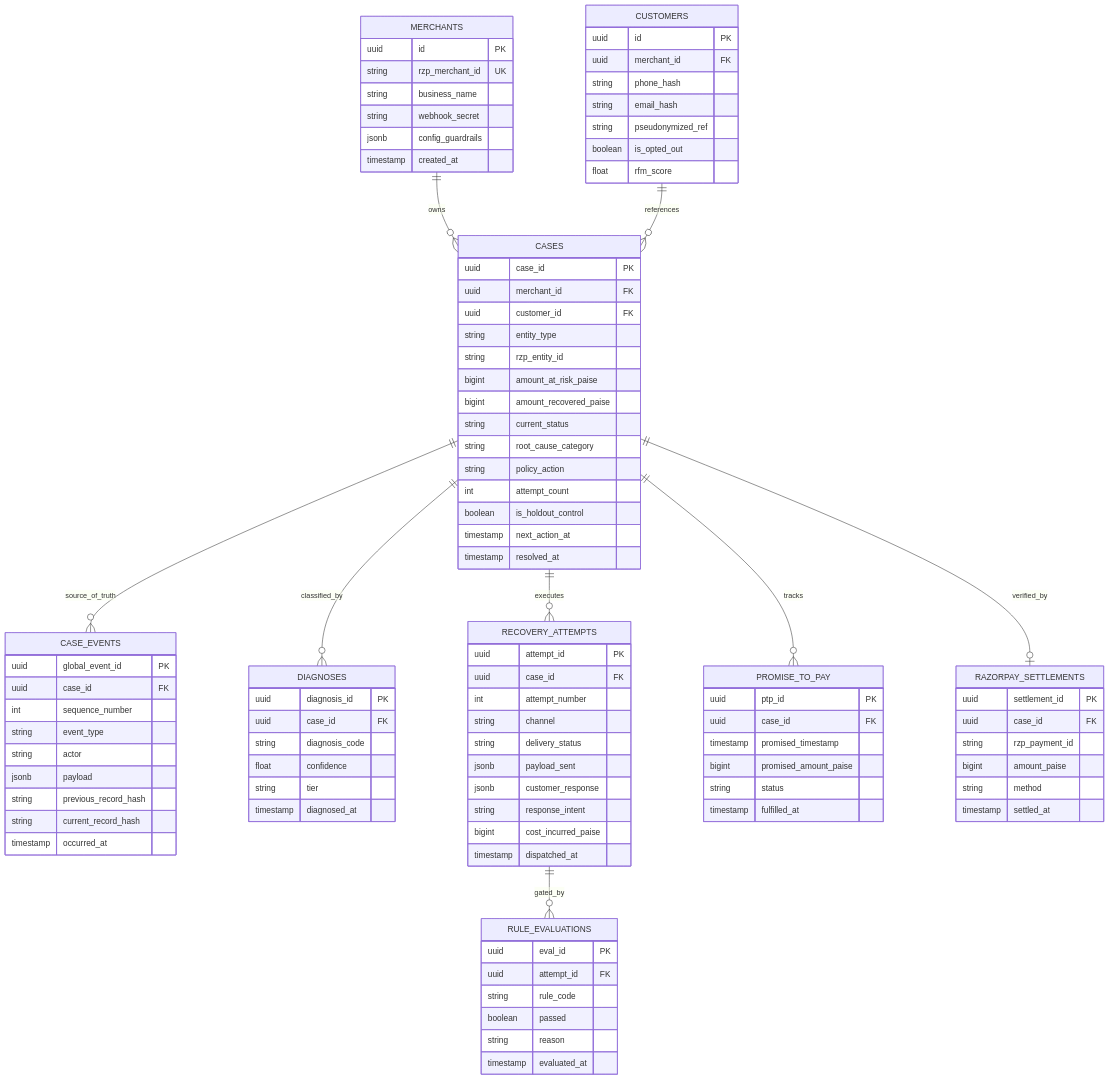
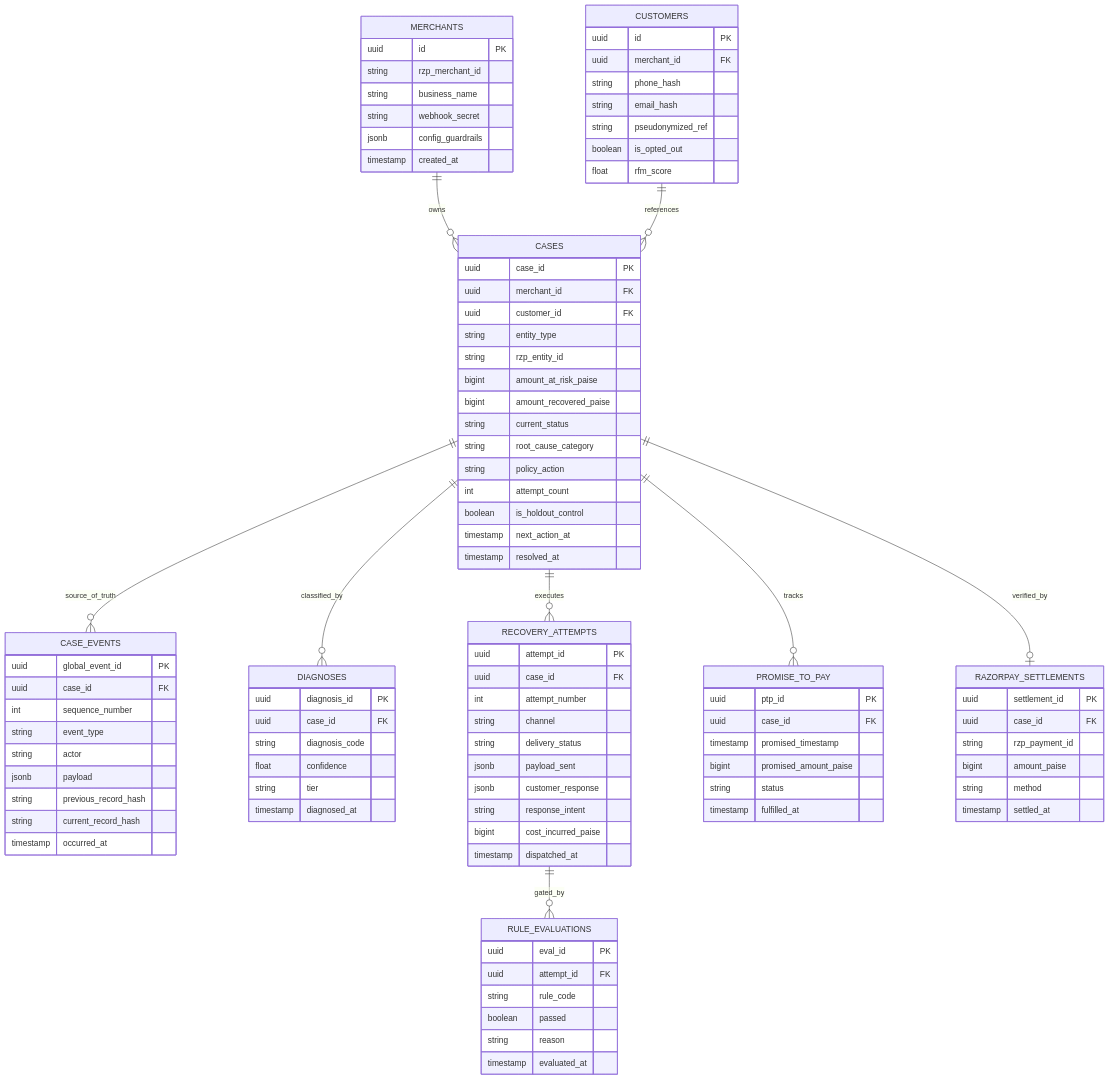
One commit to Adityaraj1969/Razorpay-Revenue-Recovery changed the first of 2 diagrams in docs/Design.md. Above: the diagram before and after it, drawn with Mermaid. The commit also changed other lines of this file, not shown here.

Commit message:
fix(docs): sanitize ER diagram syntax and add visual relational topology diagram under Core SQL DDL specifications

````diff
--- a/docs/Design.md
+++ b/docs/Design.md
@@ -14,17 +14,17 @@
 ```mermaid
 erDiagram
-    MERCHANTS ||--o{ CASES : owns
-    CUSTOMERS ||--o{ CASES : references
-    CASES ||--o{ CASE_EVENTS : source_of_truth
-    CASES ||--o{ DIAGNOSES : classified_by
-    CASES ||--o{ RECOVERY_ATTEMPTS : executes
-    CASES ||--o{ PROMISE_TO_PAY : tracks
-    RECOVERY_ATTEMPTS ||--o{ RULE_EVALUATIONS : gated_by
-    CASES ||--o| RAZORPAY_SETTLEMENTS : verified_by
+    MERCHANTS ||--o{ CASES : "owns"
+    CUSTOMERS ||--o{ CASES : "references"
+    CASES ||--o{ CASE_EVENTS : "source_of_truth"
+    CASES ||--o{ DIAGNOSES : "classified_by"
+    CASES ||--o{ RECOVERY_ATTEMPTS : "executes"
+    CASES ||--o{ PROMISE_TO_PAY : "tracks"
+    RECOVERY_ATTEMPTS ||--o{ RULE_EVALUATIONS : "gated_by"
+    CASES ||--o| RAZORPAY_SETTLEMENTS : "verified_by"
 
     MERCHANTS {
         uuid id PK
-        string rzp_merchant_id UK
+        string rzp_merchant_id
         string business_name
         string webhook_secret
         jsonb config_guardrails
````
